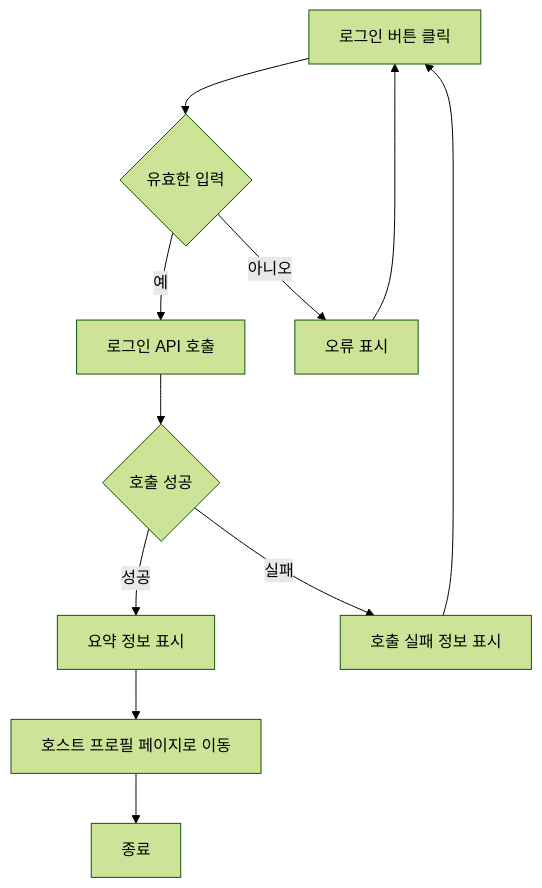
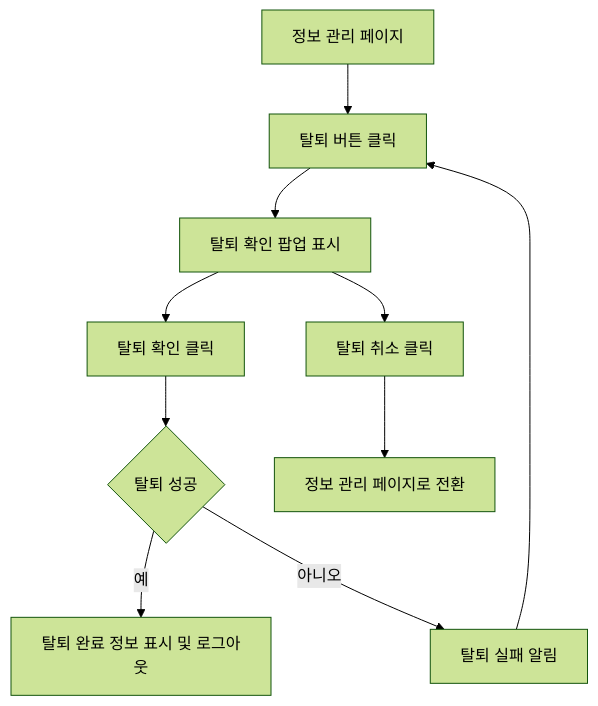
Before and after one commit to red-dev-Mark/devcamp-onboarding-project-Team-2: the third of 7 diagrams in design/기능정의서.md, drawn with Mermaid (forest theme). The commit also changed other lines of this file, not shown here.

````diff
--- a/design/기능정의서.md
+++ b/design/기능정의서.md
@@ -131,13 +140,13 @@
 ```mermaid
 flowchart TD
-    A[로그인 버튼 클릭] --> B[입력 항목 유효성 검증]
-    B{유효한 입력} -- 예 --> C[로그인 API 호출]
-    B{유효한 입력} -- 아니오 --> D[오류 표시]
-    D --> A
-    C --> E{호출 성공}
-    E -- 성공 --> F[요약 정보 표시]
-    F --> G[호스트 프로필 페이지로 이동]
-    E -- 실패 --> H[호출 실패 정보 표시]
-    H --> A
-    G --> Z[종료]
+    L[정보 관리 페이지] --> M[탈퇴 버튼 클릭]
+    M --> N[탈퇴 확인 팝업 표시]
+    N --> O[탈퇴 확인 클릭]
+    O --> Q{탈퇴 성공}
+    Q -- 예 --> R[탈퇴 완료 정보 표시 및 로그아웃]
+    Q -- 아니오 --> S[탈퇴 실패 알림]
+    S --> M
+
+    N --> T[탈퇴 취소 클릭]
+    T --> U[정보 관리 페이지로 전환]
 ```
````
